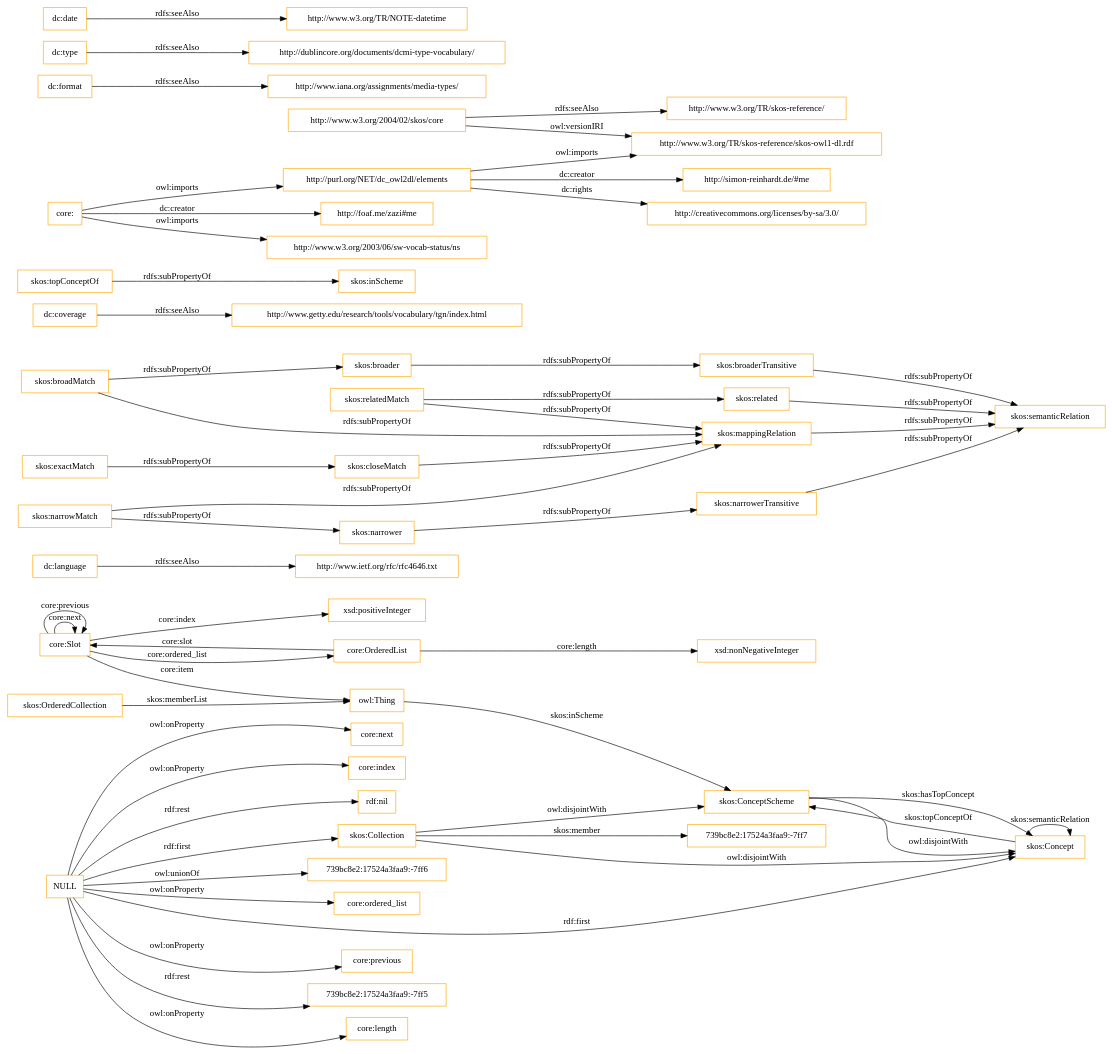
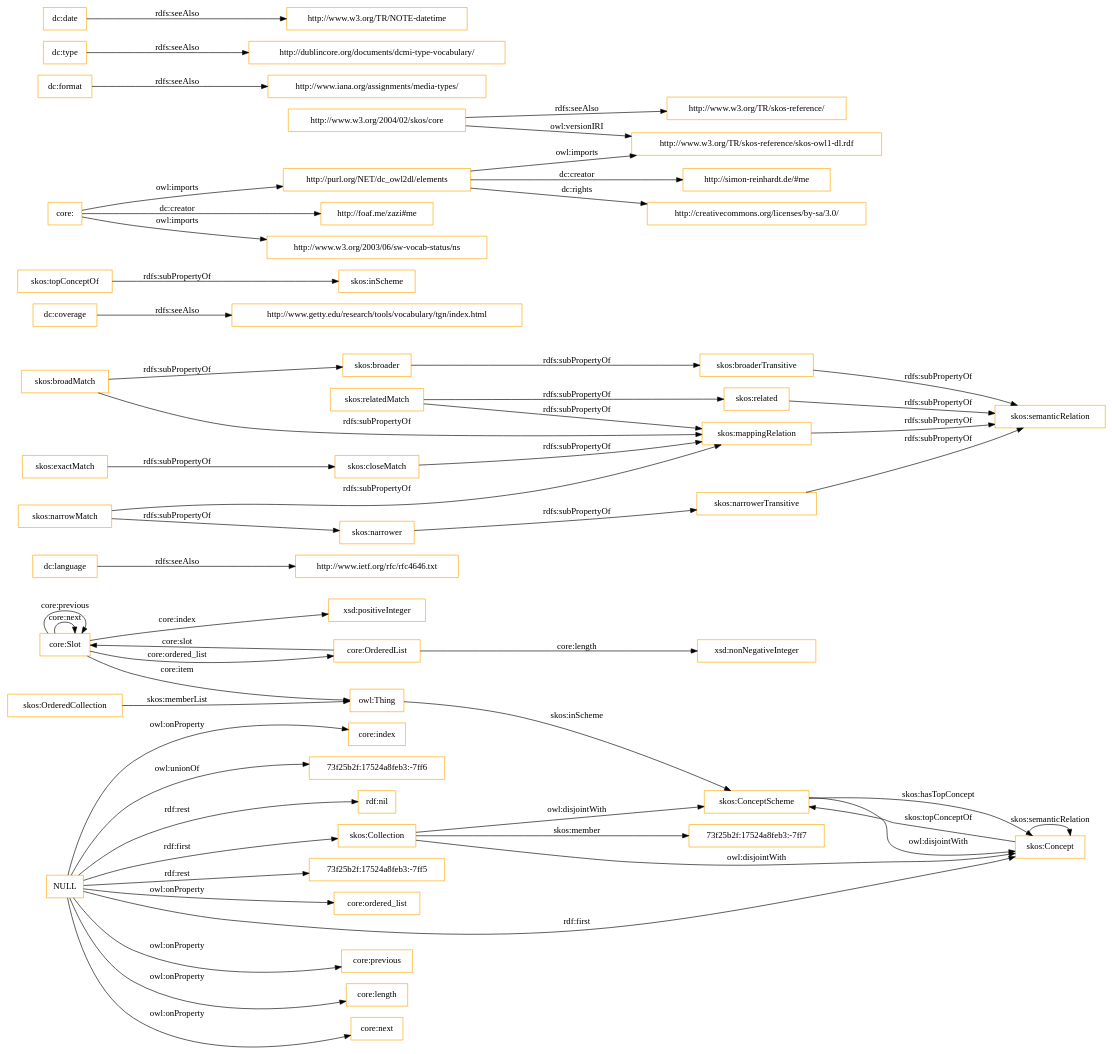
One commit to OnToologyUser/core-ontology-1 changed the diagram in OnToology/imports/core.owl/diagrams/ar2dtool-class/core.owl.png.dot. Above: the diagram before and after it, drawn with Graphviz. The commit also changed 14 other files, not shown here.

```diff
--- a/OnToology/imports/core.owl/diagrams/ar2dtool-class/core.owl.png.dot
+++ b/OnToology/imports/core.owl/diagrams/ar2dtool-class/core.owl.png.dot
@@ -1,60 +1,60 @@
 digraph ar2dtool_diagram { 
 rankdir=LR;
 size="1501"
-node [shape = rectangle, color="orange"]; "core:Slot" "core:OrderedList" "739bc8e2:17524a3faa9:-7ff7" "skos:OrderedCollection" "skos:Collection" "skos:ConceptScheme" "skos:Concept" ; /*classes style*/
+node [shape = rectangle, color="orange"]; "core:Slot" "core:OrderedList" "73f25b2f:17524a8feb3:-7ff7" "skos:OrderedCollection" "skos:Collection" "skos:ConceptScheme" "skos:Concept" ; /*classes style*/
 	"dc:language" -> "http://www.ietf.org/rfc/rfc4646.txt" [ label = "rdfs:seeAlso" ];
 	"NULL" -> "core:previous" [ label = "owl:onProperty" ];
-	"NULL" -> "739bc8e2:17524a3faa9:-7ff5" [ label = "rdf:rest" ];
 	"NULL" -> "core:length" [ label = "owl:onProperty" ];
 	"NULL" -> "skos:Concept" [ label = "rdf:first" ];
 	"NULL" -> "core:next" [ label = "owl:onProperty" ];
 	"NULL" -> "core:index" [ label = "owl:onProperty" ];
+	"NULL" -> "73f25b2f:17524a8feb3:-7ff6" [ label = "owl:unionOf" ];
 	"NULL" -> "rdf:nil" [ label = "rdf:rest" ];
-	"NULL" -> "739bc8e2:17524a3faa9:-7ff6" [ label = "owl:unionOf" ];
+	"NULL" -> "73f25b2f:17524a8feb3:-7ff5" [ label = "rdf:rest" ];
 	"NULL" -> "core:ordered_list" [ label = "owl:onProperty" ];
 	"NULL" -> "skos:Collection" [ label = "rdf:first" ];
 	"skos:closeMatch" -> "skos:mappingRelation" [ label = "rdfs:subPropertyOf" ];
 	"dc:coverage" -> "http://www.getty.edu/research/tools/vocabulary/tgn/index.html" [ label = "rdfs:seeAlso" ];
 	"skos:relatedMatch" -> "skos:related" [ label = "rdfs:subPropertyOf" ];
 	"skos:relatedMatch" -> "skos:mappingRelation" [ label = "rdfs:subPropertyOf" ];
 	"skos:ConceptScheme" -> "skos:Concept" [ label = "owl:disjointWith" ];
 	"skos:related" -> "skos:semanticRelation" [ label = "rdfs:subPropertyOf" ];
 	"skos:topConceptOf" -> "skos:inScheme" [ label = "rdfs:subPropertyOf" ];
 	"skos:broadMatch" -> "skos:broader" [ label = "rdfs:subPropertyOf" ];
 	"skos:broadMatch" -> "skos:mappingRelation" [ label = "rdfs:subPropertyOf" ];
 	"http://purl.org/NET/dc_owl2dl/elements" -> "http://www.w3.org/TR/skos-reference/skos-owl1-dl.rdf" [ label = "owl:imports" ];
 	"http://purl.org/NET/dc_owl2dl/elements" -> "http://creativecommons.org/licenses/by-sa/3.0/" [ label = "dc:rights" ];
 	"http://purl.org/NET/dc_owl2dl/elements" -> "http://simon-reinhardt.de/#me" [ label = "dc:creator" ];
 	"skos:exactMatch" -> "skos:closeMatch" [ label = "rdfs:subPropertyOf" ];
 	"dc:format" -> "http://www.iana.org/assignments/media-types/" [ label = "rdfs:seeAlso" ];
 	"core:" -> "http://foaf.me/zazi#me" [ label = "dc:creator" ];
 	"core:" -> "http://www.w3.org/2003/06/sw-vocab-status/ns" [ label = "owl:imports" ];
 	"core:" -> "http://purl.org/NET/dc_owl2dl/elements" [ label = "owl:imports" ];
 	"skos:broaderTransitive" -> "skos:semanticRelation" [ label = "rdfs:subPropertyOf" ];
 	"skos:mappingRelation" -> "skos:semanticRelation" [ label = "rdfs:subPropertyOf" ];
 	"skos:broader" -> "skos:broaderTransitive" [ label = "rdfs:subPropertyOf" ];
 	"dc:type" -> "http://dublincore.org/documents/dcmi-type-vocabulary/" [ label = "rdfs:seeAlso" ];
 	"http://www.w3.org/2004/02/skos/core" -> "http://www.w3.org/TR/skos-reference/skos-owl1-dl.rdf" [ label = "owl:versionIRI" ];
 	"http://www.w3.org/2004/02/skos/core" -> "http://www.w3.org/TR/skos-reference/" [ label = "rdfs:seeAlso" ];
 	"skos:Collection" -> "skos:ConceptScheme" [ label = "owl:disjointWith" ];
 	"skos:Collection" -> "skos:Concept" [ label = "owl:disjointWith" ];
 	"skos:narrowMatch" -> "skos:narrower" [ label = "rdfs:subPropertyOf" ];
 	"skos:narrowMatch" -> "skos:mappingRelation" [ label = "rdfs:subPropertyOf" ];
 	"skos:narrower" -> "skos:narrowerTransitive" [ label = "rdfs:subPropertyOf" ];
 	"dc:date" -> "http://www.w3.org/TR/NOTE-datetime" [ label = "rdfs:seeAlso" ];
 	"skos:narrowerTransitive" -> "skos:semanticRelation" [ label = "rdfs:subPropertyOf" ];
 	"core:Slot" -> "xsd:positiveInteger" [ label = "core:index" ];
 	"skos:Concept" -> "skos:ConceptScheme" [ label = "skos:topConceptOf" ];
 	"core:Slot" -> "owl:Thing" [ label = "core:item" ];
 	"core:OrderedList" -> "xsd:nonNegativeInteger" [ label = "core:length" ];
 	"core:OrderedList" -> "core:Slot" [ label = "core:slot" ];
-	"skos:Collection" -> "739bc8e2:17524a3faa9:-7ff7" [ label = "skos:member" ];
+	"skos:Collection" -> "73f25b2f:17524a8feb3:-7ff7" [ label = "skos:member" ];
 	"core:Slot" -> "core:Slot" [ label = "core:next" ];
 	"skos:ConceptScheme" -> "skos:Concept" [ label = "skos:hasTopConcept" ];
 	"owl:Thing" -> "skos:ConceptScheme" [ label = "skos:inScheme" ];
 	"core:Slot" -> "core:Slot" [ label = "core:previous" ];
 	"skos:OrderedCollection" -> "owl:Thing" [ label = "skos:memberList" ];
 	"skos:Concept" -> "skos:Concept" [ label = "skos:semanticRelation" ];
 	"core:Slot" -> "core:OrderedList" [ label = "core:ordered_list" ];
 
 }
```
